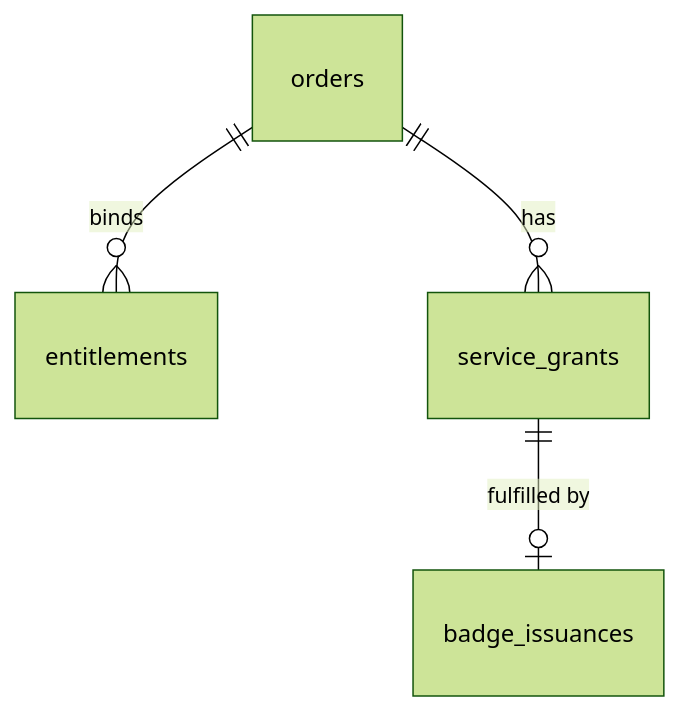
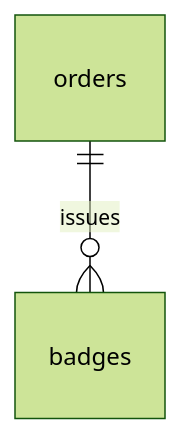
Before and after one commit to simplex-chat/simplex-chat: the ninth of 9 diagrams in plans/2026-07-20-supporter-badges-v2-implementation.md, drawn with Mermaid (forest theme). The commit also changed other lines of this file and 4 other files, not shown here.

````diff
--- a/plans/2026-07-20-supporter-badges-v2-implementation.md
+++ b/plans/2026-07-20-supporter-badges-v2-implementation.md
@@ -740,6 +438,4 @@
 ```mermaid
 erDiagram
-  orders ||--o{ entitlements : binds
-  orders ||--o{ service_grants : has
-  service_grants ||--o| badge_issuances : "fulfilled by"
+  orders ||--o{ badges : issues
 ```
````
